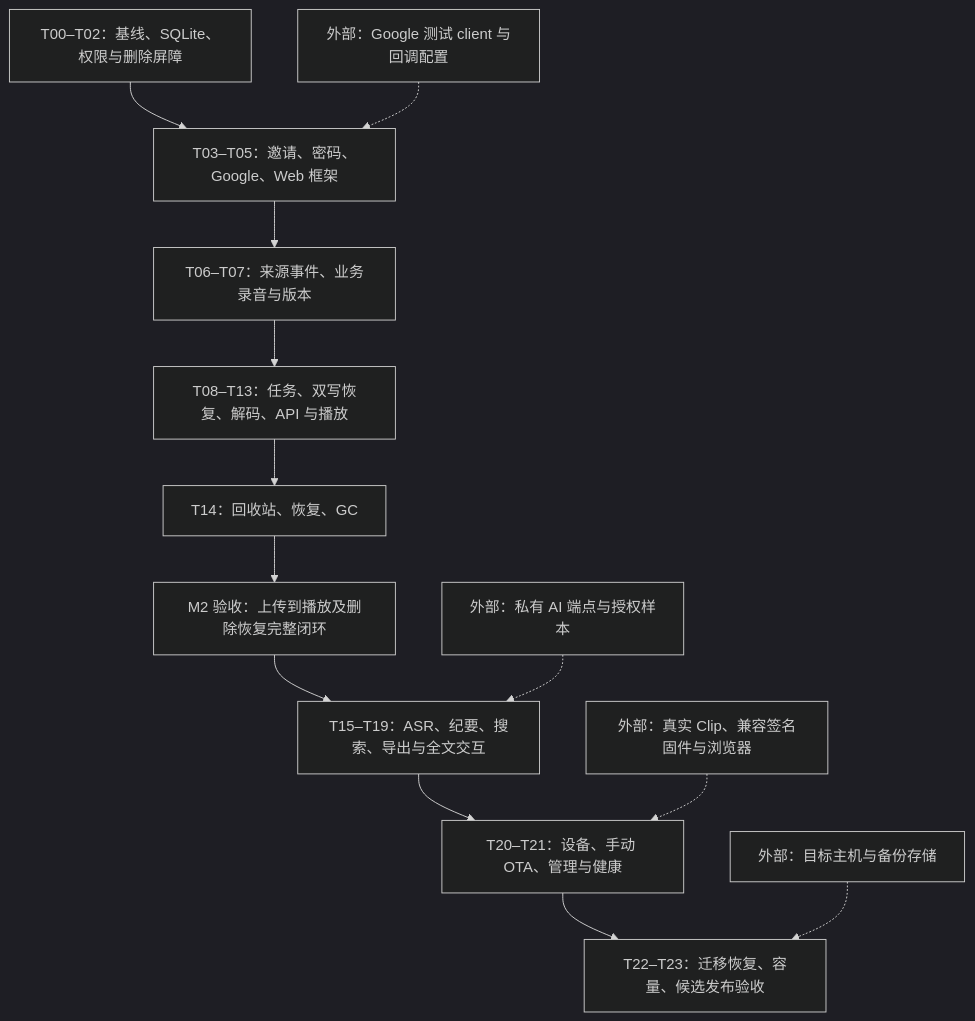
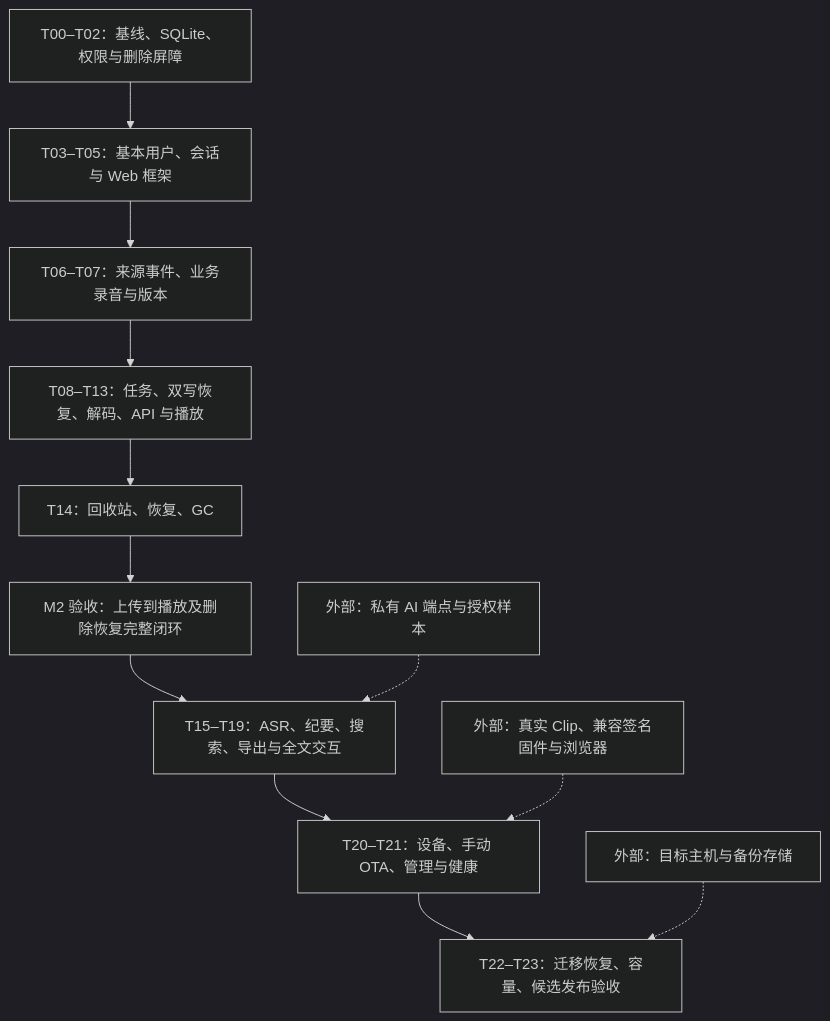
One commit to boboliu-1010/speaker changed the diagram in docs/assets/diagrams/12-implementation-order.mmd. Above: the diagram before and after it, drawn with Mermaid (dark theme). The commit also changed 15 other files, not shown here.

```diff
--- a/docs/assets/diagrams/12-implementation-order.mmd
+++ b/docs/assets/diagrams/12-implementation-order.mmd
@@ -1,15 +1,14 @@
 flowchart TB
     A["T00–T02：基线、SQLite、权限与删除屏障"]
-    B["T03–T05：邀请、密码、Google、Web 框架"]
+    B["T03–T05：基本用户、会话与 Web 框架"]
     C["T06–T07：来源事件、业务录音与版本"]
     D["T08–T13：任务、双写恢复、解码、API 与播放"]
     E["T14：回收站、恢复、GC"]
     M2["M2 验收：上传到播放及删除恢复完整闭环"]
     F["T15–T19：ASR、纪要、搜索、导出与全文交互"]
     G["T20–T21：设备、手动 OTA、管理与健康"]
     H["T22–T23：迁移恢复、容量、候选发布验收"]
     A --> B --> C --> D --> E --> M2 --> F --> G --> H
-    Google["外部：Google 测试 client 与回调配置"] -.-> B
     AI["外部：私有 AI 端点与授权样本"] -.-> F
     Clip["外部：真实 Clip、兼容签名固件与浏览器"] -.-> G
     Host["外部：目标主机与备份存储"] -.-> H
```
